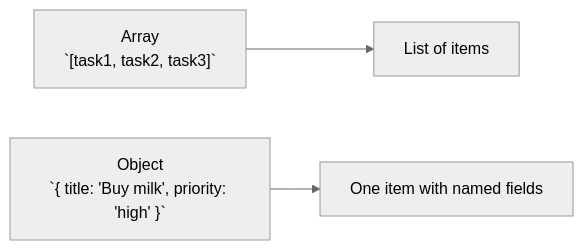
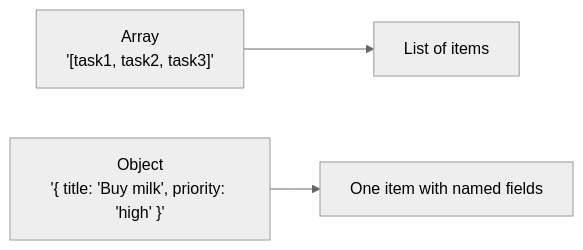
Before and after one commit to zxcvryo/Oops-Later-Codebase: the fourth of 43 diagrams in README.md, drawn with Mermaid (neutral theme). The commit also changed other lines of this file, not shown here.

````diff
--- a/README.md
+++ b/README.md
@@ -1655,5 +1655,5 @@
 ```mermaid
 flowchart LR
-    A["Array<br/>`[task1, task2, task3]`"] --> B["List of items"]
-    C["Object<br/>`{ title: 'Buy milk', priority: 'high' }`"] --> D["One item with named fields"]
+    A["Array<br/>'[task1, task2, task3]'"] --> B["List of items"]
+    C["Object<br/>'{ title: 'Buy milk', priority: 'high' }'"] --> D["One item with named fields"]
 ```
````
